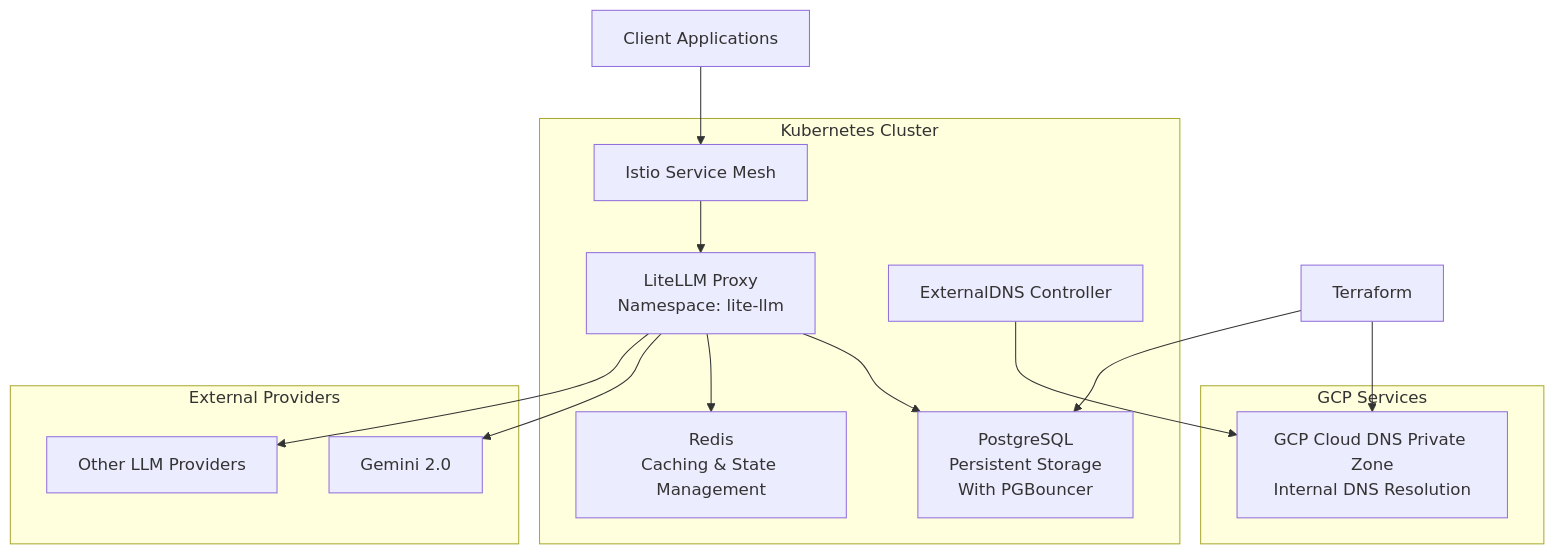
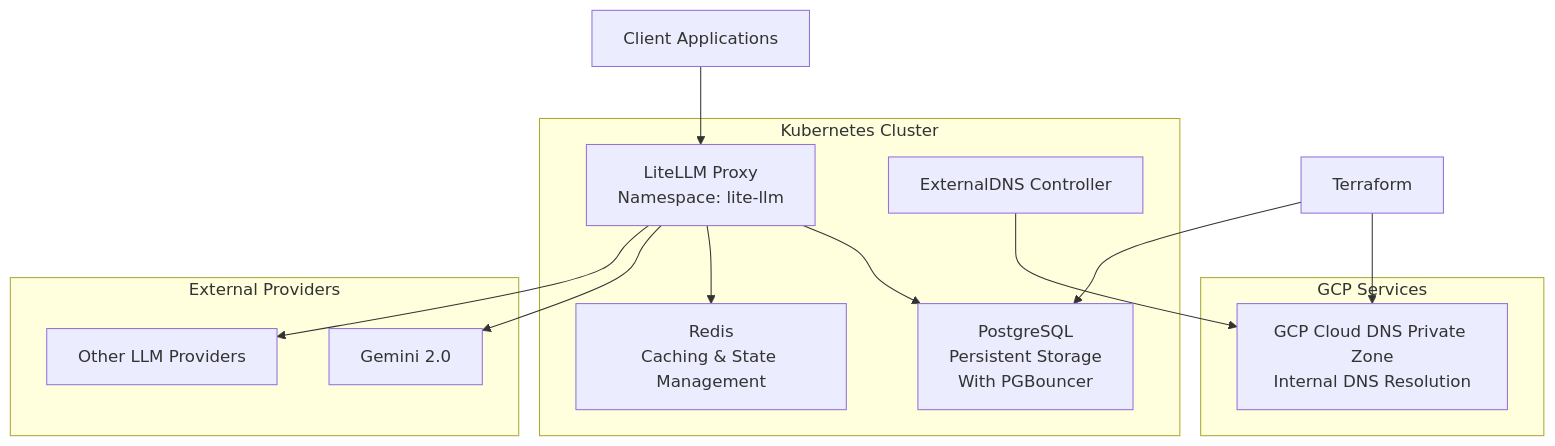
The diagram in docs/src/infrastructure/architecture_decision_records/deploying_LiteLLM.md (everycure-org/matrix), drawn with Mermaid before and after one commit. The commit also changed other lines of this file, not shown here.

Commit message:
Refine LiteLLM architecture decision record by removing Istio references and updating DNS resolution considerations

````diff
--- a/docs/src/infrastructure/architecture_decision_records/deploying_LiteLLM.md
+++ b/docs/src/infrastructure/architecture_decision_records/deploying_LiteLLM.md
@@ -53,33 +51,31 @@
 ```mermaid
 graph TD
-    A[Client Applications] --> B[Istio Service Mesh]
-    B --> C[LiteLLM Proxy<br/>Namespace: lite-llm]
+    A[Client Applications] --> C[LiteLLM Proxy<br/>Namespace: lite-llm]
 
     C --> D[PostgreSQL<br/>Persistent Storage<br/>With PGBouncer]
     C --> E[Redis<br/>Caching & State Management]
 
     F[ExternalDNS Controller] --> G[GCP Cloud DNS Private Zone<br/>Internal DNS Resolution]
 
     I[Terraform] --> D
     I --> G
 
     subgraph "Kubernetes Cluster"
-        B
         C
         D
         E
         F
     end
 
     subgraph "GCP Services"
         G
     end
 
     subgraph "External Providers"
         J[Gemini 2.0]
         K[Other LLM Providers]
     end
 
     C --> J
     C --> K
 ```
````
